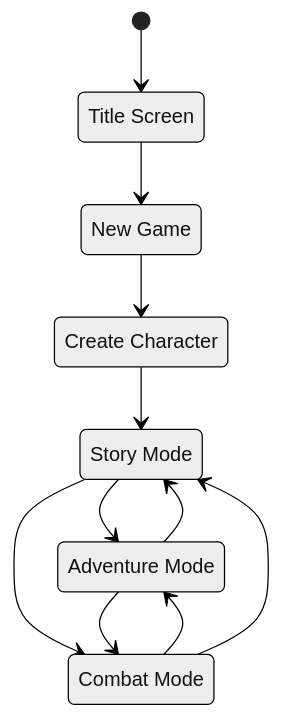
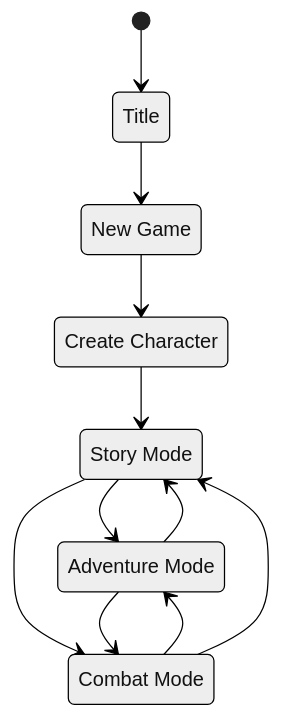
The first of 2 diagrams in DESIGN.md (tredfern/terminus), drawn with Mermaid (neutral theme) before and after one commit. The commit also changed other lines of this file and 7 other files, not shown here.

````diff
--- a/DESIGN.md
+++ b/DESIGN.md
@@ -39,20 +47,20 @@
 ```mermaid
 stateDiagram-v2
-  title : Title Screen
+  title : Title
   ng : New Game
   cc : Create Character
   st : Story Mode
   ad : Adventure Mode
   cb : Combat Mode
 
   [*] --> title
   title --> ng
   ng --> cc
   cc --> st
   st --> ad
   st --> cb
   ad --> st
   ad --> cb
   cb --> ad
   cb --> st
 ```
````
